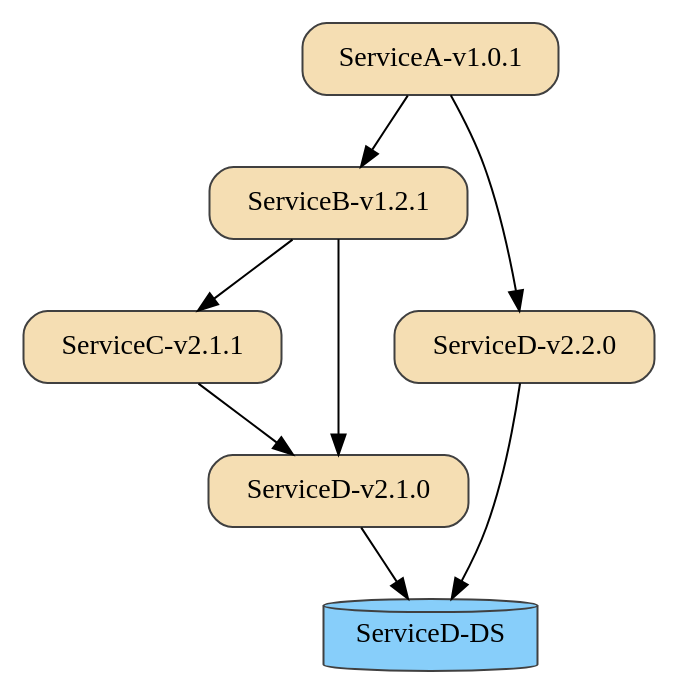
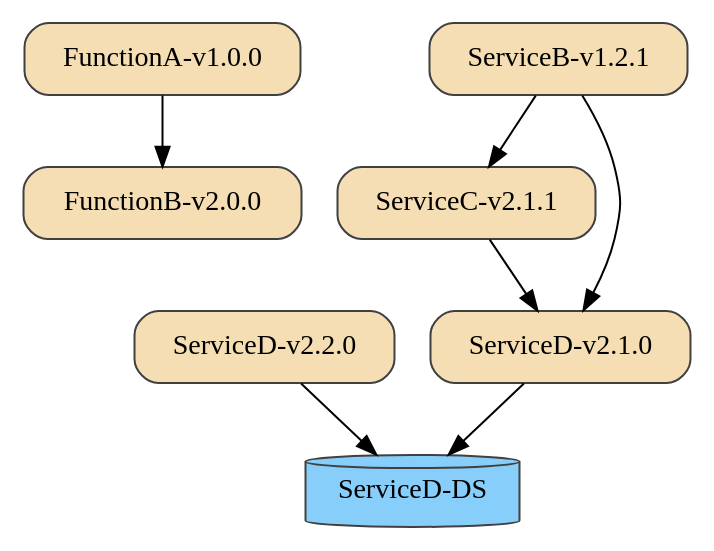
Before and after one commit to laetho/metagraf: the diagram in out/dots/example.dot, drawn with Graphviz. The commit also changed 7 other files, not shown here.

```diff
--- a/out/dots/example.dot
+++ b/out/dots/example.dot
@@ -1,21 +1,19 @@
 digraph {
   rankdir=tplr
   node [color=grey25,
         fillcolor=wheat,
         shape=box,
         style="rounded,filled"];
-"ServiceB-v1.2.1" []
-"ServiceA-v1.0.1" -> "ServiceB-v1.2.1"
-"ServiceD-v2.2.0" []
-"ServiceA-v1.0.1" -> "ServiceD-v2.2.0"
+"FunctionB-v2.0.0" []
+"FunctionA-v1.0.0" -> "FunctionB-v2.0.0"
 "ServiceC-v2.1.1" []
 "ServiceB-v1.2.1" -> "ServiceC-v2.1.1"
 "ServiceD-v2.1.0" []
 "ServiceB-v1.2.1" -> "ServiceD-v2.1.0"
 "ServiceD-v2.1.0" []
 "ServiceC-v2.1.1" -> "ServiceD-v2.1.0"
 "ServiceD-DS" [shape=cylinder,fillcolor=lightskyblue]
 "ServiceD-v2.1.0" -> "ServiceD-DS"
 "ServiceD-DS" [shape=cylinder,fillcolor=lightskyblue]
 "ServiceD-v2.2.0" -> "ServiceD-DS"
 }
```
